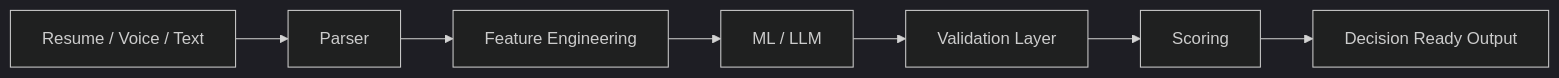
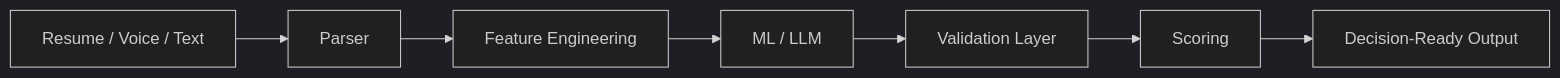
One commit to HrshJha/HrshJha changed the diagram in README.md. Above: the diagram before and after it, drawn with Mermaid (dark theme). The commit also changed other lines of this file, not shown here.

````diff
--- a/README.md
+++ b/README.md
@@ -29,16 +102,9 @@
 ```mermaid
 flowchart LR
-
-A[Resume / Voice / Text]
--->B[Parser]
-
-B-->C[Feature Engineering]
-
-C-->D[ML / LLM]
-
-D-->E[Validation Layer]
-
-E-->F[Scoring]
-
-F-->G[Decision Ready Output]
+    A[Resume / Voice / Text] --> B[Parser]
+    B --> C[Feature Engineering]
+    C --> D[ML / LLM]
+    D --> E[Validation Layer]
+    E --> F[Scoring]
+    F --> G[Decision-Ready Output]
 ```
````
